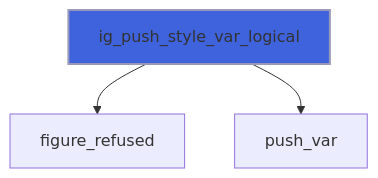
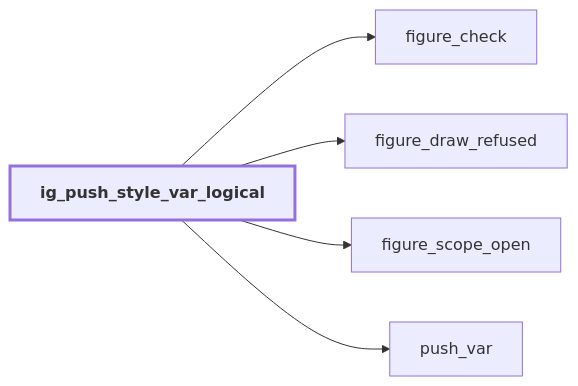
One commit to szaghi/figure changed diagram 11 of 44 in docs/api/src/lib/figure_style.md. Above: the diagram before and after it, drawn with Mermaid. The commit also changed other lines of this file and 54 other files, not shown here.

````diff
--- a/docs/api/src/lib/figure_style.md
+++ b/docs/api/src/lib/figure_style.md
@@ -427,6 +494,13 @@
 ```mermaid
-flowchart TD
-  ig_push_style_var_logical["ig_push_style_var_logical"] --> figure_refused["figure_refused"]
+flowchart LR
+  ig_push_style_var_logical["ig_push_style_var_logical"] --> figure_check["figure_check"]
+  ig_push_style_var_logical["ig_push_style_var_logical"] --> figure_draw_refused["figure_draw_refused"]
+  ig_push_style_var_logical["ig_push_style_var_logical"] --> figure_scope_open["figure_scope_open"]
   ig_push_style_var_logical["ig_push_style_var_logical"] --> push_var["push_var"]
-  style ig_push_style_var_logical fill:#3e63dd,stroke:#99b,stroke-width:2px
+  classDef focus stroke-width:3px,font-weight:bold
+  class ig_push_style_var_logical focus
+  click figure_draw_refused href "figure_base.html#figure-draw-refused" "figure_draw_refused"
+  click push_var href "#push-var" "push_var"
+  click figure_scope_open href "figure_base.html#figure-scope-open" "figure_scope_open"
+  click figure_check href "figure_base.html#figure-check" "figure_check"
 ```
````
